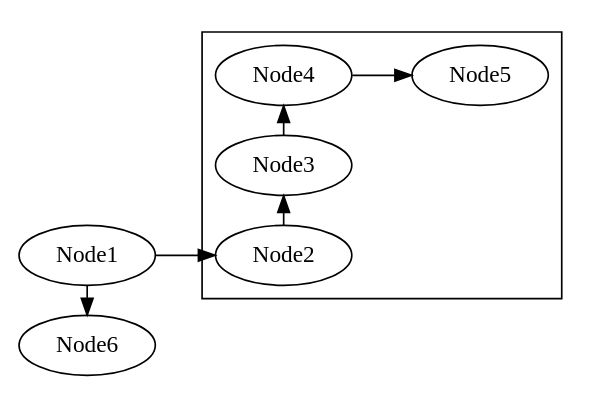
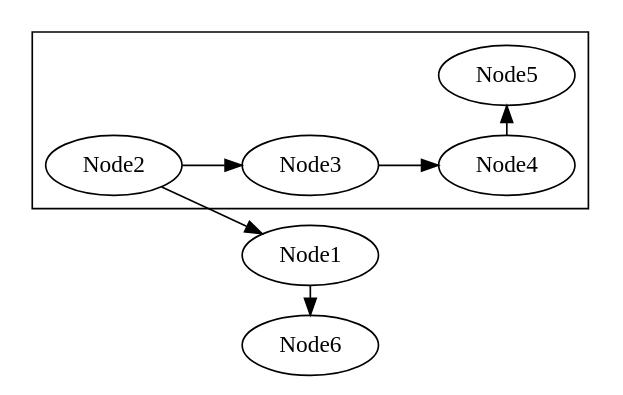
One commit to sisyphus1212/note changed the fifth of 5 diagrams in other/graphviz.md. Above: the diagram before and after it, drawn with Graphviz.

Commit message:
auto_update

````diff
--- a/other/graphviz.md
+++ b/other/graphviz.md
@@ -61,17 +61,17 @@
 ```graphviz
 digraph {
     rankdir=LR
     node[]"Node6";
     node[]"Node1";
     subgraph cluster_vertical_example{
         "Node2"-> "Node3";
         "Node3"-> "Node4";
         "Node4"->"Node5"
-        {rank=same; "Node2"; "Node3"; "Node4";}
+        {rank=same; "Node4"; "Node5";}
     }
 
     {rank=same; "Node1"; "Node6";}
-    Node1 -> Node2
+    Node2 -> Node1
     Node1 -> Node6
 }
 ```
````
